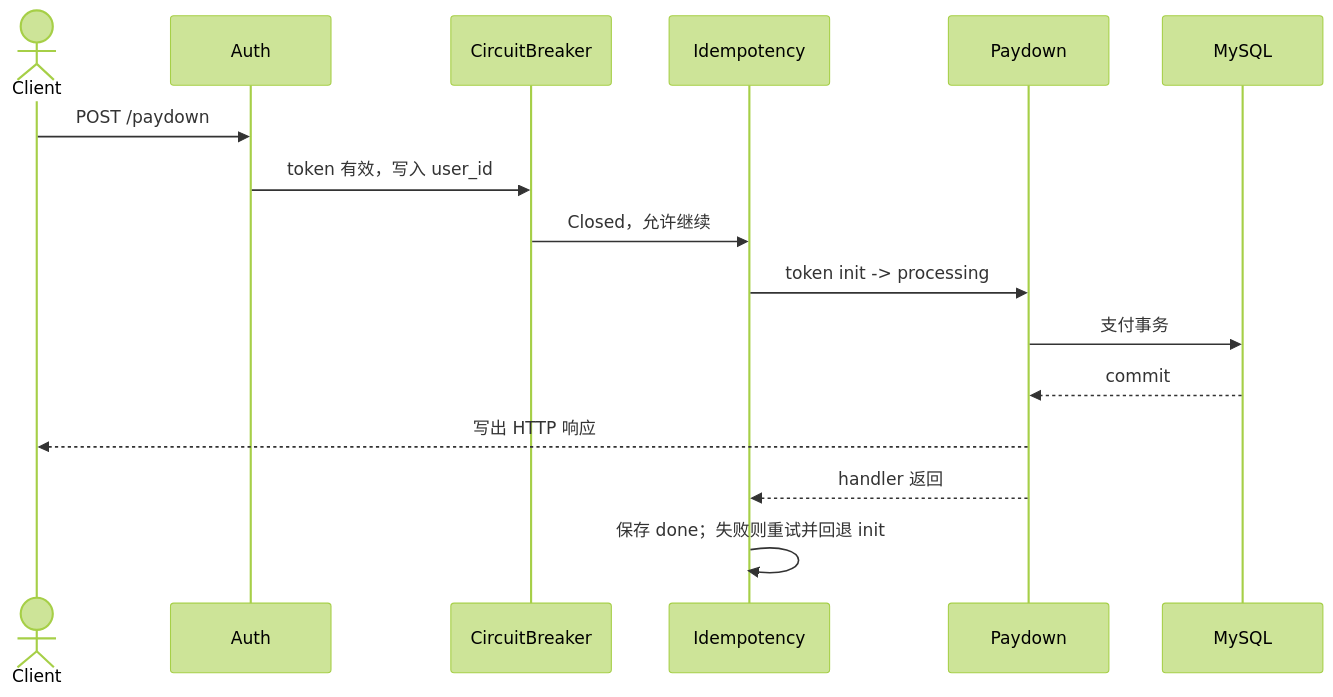
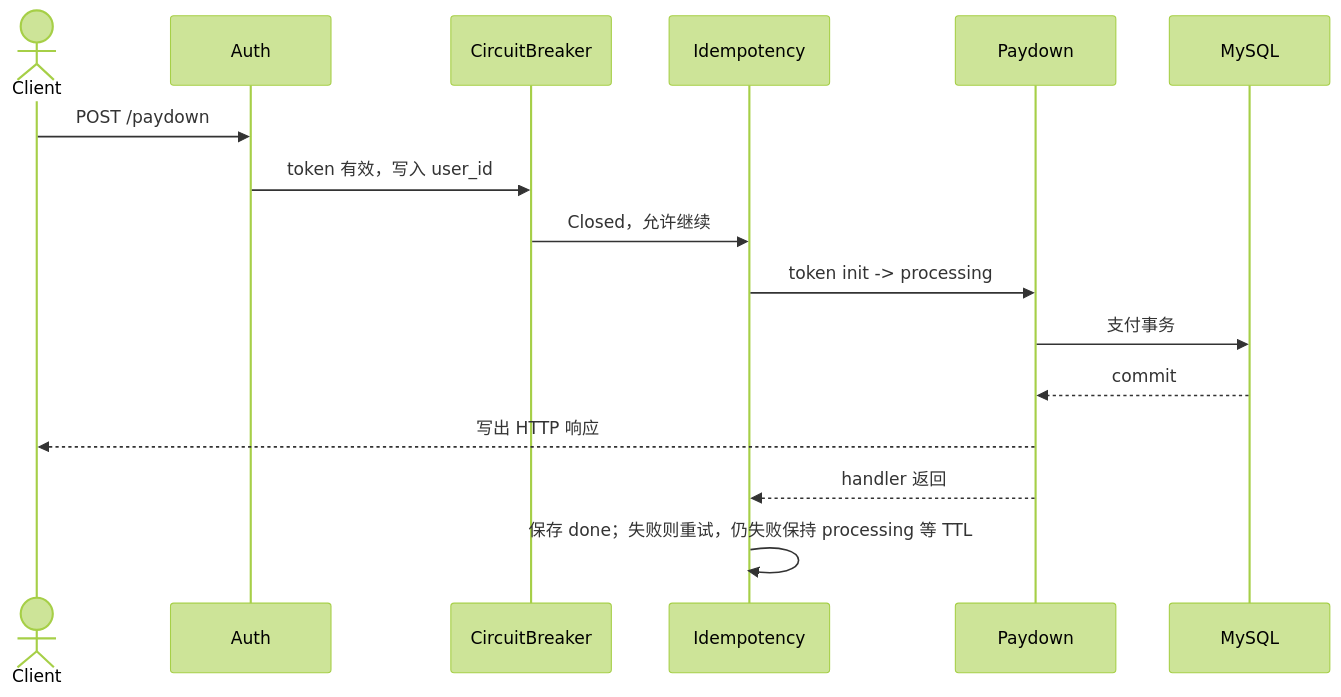
One commit to RedInn7/gomall changed the first of 3 diagrams in docs/lecture/03-payment-down.md. Above: the diagram before and after it, drawn with Mermaid (forest theme). The commit also changed other lines of this file and 4 other files, not shown here.

````diff
--- a/docs/lecture/03-payment-down.md
+++ b/docs/lecture/03-payment-down.md
@@ -105,19 +105,19 @@
 ```mermaid
 sequenceDiagram
     actor C as Client
     participant A as Auth
     participant B as CircuitBreaker
     participant I as Idempotency
     participant H as Paydown
     participant DB as MySQL
 
     C->>A: POST /paydown
     A->>B: token 有效，写入 user_id
     B->>I: Closed，允许继续
     I->>H: token init -> processing
     H->>DB: 支付事务
     DB-->>H: commit
     H-->>C: 写出 HTTP 响应
     H-->>I: handler 返回
-    I->>I: 保存 done；失败则重试并回退 init
+    I->>I: 保存 done；失败则重试，仍失败保持 processing 等 TTL
 ```
````
